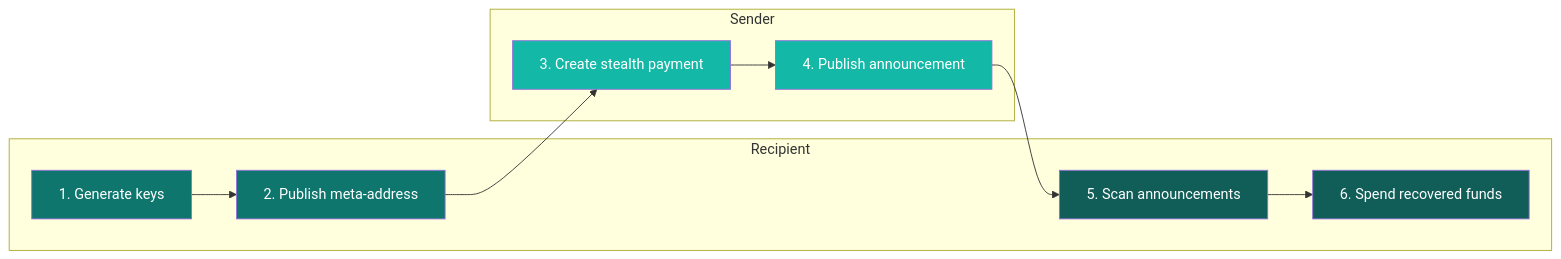
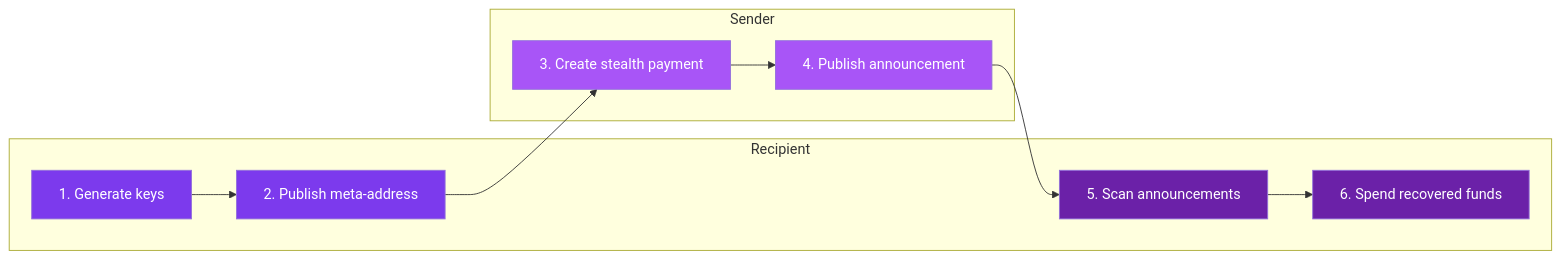
The diagram in docs/how-it-works/protocol-flow.mdx (specter-privacy/docs), drawn with Mermaid before and after one commit. The commit also changed other lines of this file and 81 other files, not shown here.

````diff
--- a/docs/how-it-works/protocol-flow.mdx
+++ b/docs/how-it-works/protocol-flow.mdx
@@ -10,27 +10,27 @@
 ```mermaid
 flowchart LR
     subgraph Recipient["Recipient"]
         S1["1. Generate keys"]
         S2["2. Publish meta-address"]
         S5["5. Scan announcements"]
         S6["6. Spend recovered funds"]
         S1 --> S2
         S5 --> S6
     end
 
     subgraph Sender["Sender"]
         S3["3. Create stealth payment"]
         S4["4. Publish announcement"]
         S3 --> S4
     end
 
     S2 --> S3
     S4 --> S5
 
-    style S1 fill:#0F766E,color:#fff
-    style S2 fill:#0F766E,color:#fff
-    style S3 fill:#14B8A6,color:#fff
-    style S4 fill:#14B8A6,color:#fff
-    style S5 fill:#115E59,color:#fff
-    style S6 fill:#115E59,color:#fff
+    style S1 fill:#7c3aed,color:#fff
+    style S2 fill:#7c3aed,color:#fff
+    style S3 fill:#a855f7,color:#fff
+    style S4 fill:#a855f7,color:#fff
+    style S5 fill:#6b21a8,color:#fff
+    style S6 fill:#6b21a8,color:#fff
 ```
````
